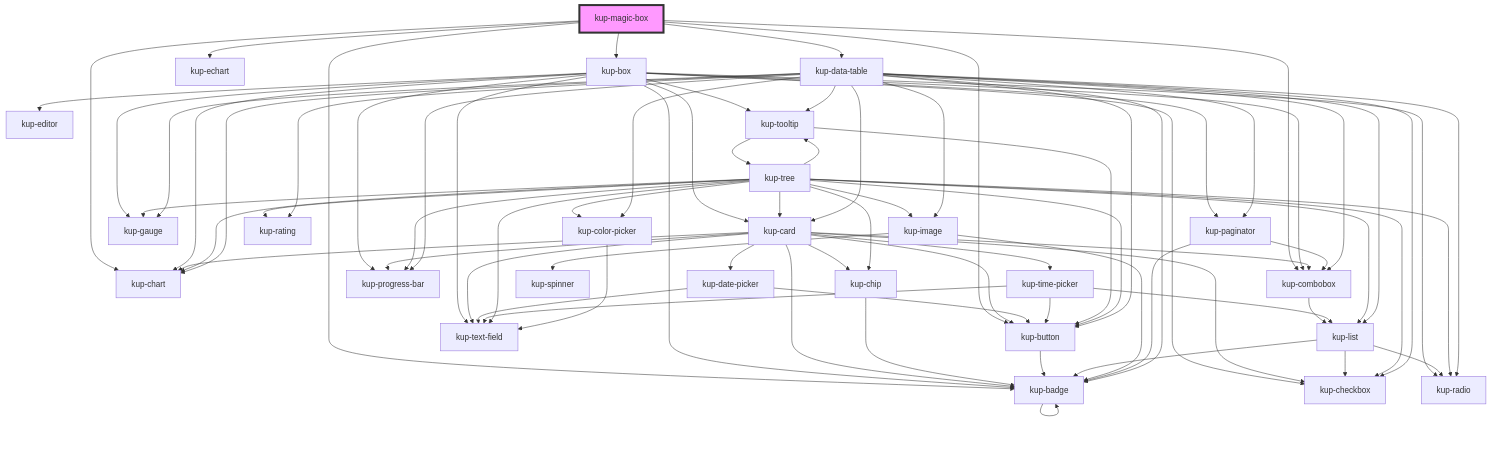
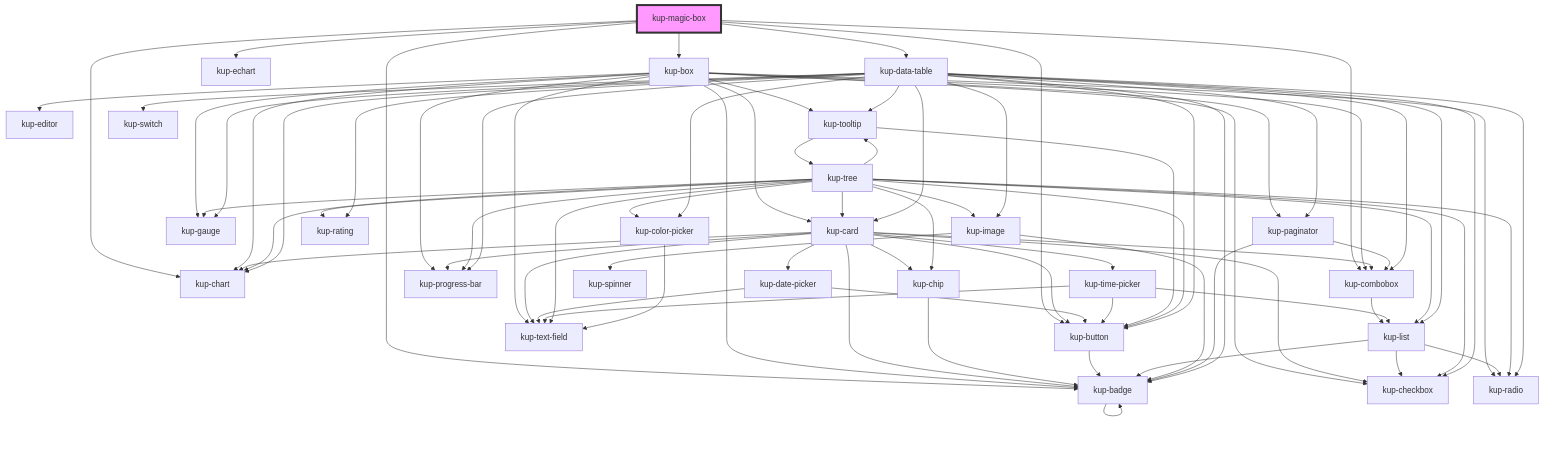
The diagram in packages/ketchup/src/components/kup-magic-box/readme.md (smeup/ketchup), drawn with Mermaid before and after one commit. The commit also changed 12 other files, not shown here.

Commit message:
Magic box supported in debug widget and added to data table customization menu.

````diff
--- a/packages/ketchup/src/components/kup-magic-box/readme.md
+++ b/packages/ketchup/src/components/kup-magic-box/readme.md
@@ -53,81 +53,82 @@
 ```mermaid
 graph TD;
   kup-magic-box --> kup-box
   kup-magic-box --> kup-chart
   kup-magic-box --> kup-echart
   kup-magic-box --> kup-data-table
   kup-magic-box --> kup-combobox
   kup-magic-box --> kup-button
   kup-magic-box --> kup-badge
   kup-box --> kup-card
   kup-box --> kup-checkbox
   kup-box --> kup-badge
   kup-box --> kup-chart
   kup-box --> kup-editor
   kup-box --> kup-text-field
   kup-box --> kup-progress-bar
   kup-box --> kup-radio
   kup-box --> kup-gauge
   kup-box --> kup-tooltip
   kup-box --> kup-combobox
   kup-box --> kup-paginator
   kup-card --> kup-chip
   kup-card --> kup-badge
   kup-card --> kup-button
   kup-card --> kup-checkbox
   kup-card --> kup-combobox
   kup-card --> kup-date-picker
   kup-card --> kup-text-field
   kup-card --> kup-time-picker
   kup-card --> kup-progress-bar
   kup-card --> kup-chart
   kup-chip --> kup-badge
   kup-badge --> kup-badge
   kup-button --> kup-badge
   kup-combobox --> kup-list
   kup-list --> kup-radio
   kup-list --> kup-checkbox
   kup-list --> kup-badge
   kup-date-picker --> kup-text-field
   kup-date-picker --> kup-button
   kup-time-picker --> kup-text-field
   kup-time-picker --> kup-button
   kup-time-picker --> kup-list
   kup-tooltip --> kup-button
   kup-tooltip --> kup-tree
   kup-tree --> kup-image
   kup-tree --> kup-button
   kup-tree --> kup-chart
   kup-tree --> kup-checkbox
   kup-tree --> kup-chip
   kup-tree --> kup-color-picker
   kup-tree --> kup-gauge
   kup-tree --> kup-progress-bar
   kup-tree --> kup-rating
   kup-tree --> kup-radio
   kup-tree --> kup-tooltip
   kup-tree --> kup-list
   kup-tree --> kup-text-field
   kup-tree --> kup-card
   kup-image --> kup-spinner
   kup-image --> kup-badge
   kup-color-picker --> kup-text-field
   kup-paginator --> kup-combobox
   kup-paginator --> kup-badge
   kup-data-table --> kup-card
   kup-data-table --> kup-checkbox
   kup-data-table --> kup-tooltip
   kup-data-table --> kup-list
   kup-data-table --> kup-image
   kup-data-table --> kup-button
   kup-data-table --> kup-chart
   kup-data-table --> kup-color-picker
   kup-data-table --> kup-gauge
   kup-data-table --> kup-progress-bar
   kup-data-table --> kup-rating
   kup-data-table --> kup-radio
   kup-data-table --> kup-paginator
+  kup-data-table --> kup-switch
   kup-data-table --> kup-combobox
   kup-data-table --> kup-badge
   style kup-magic-box fill:#f9f,stroke:#333,stroke-width:4px
 ```
````
